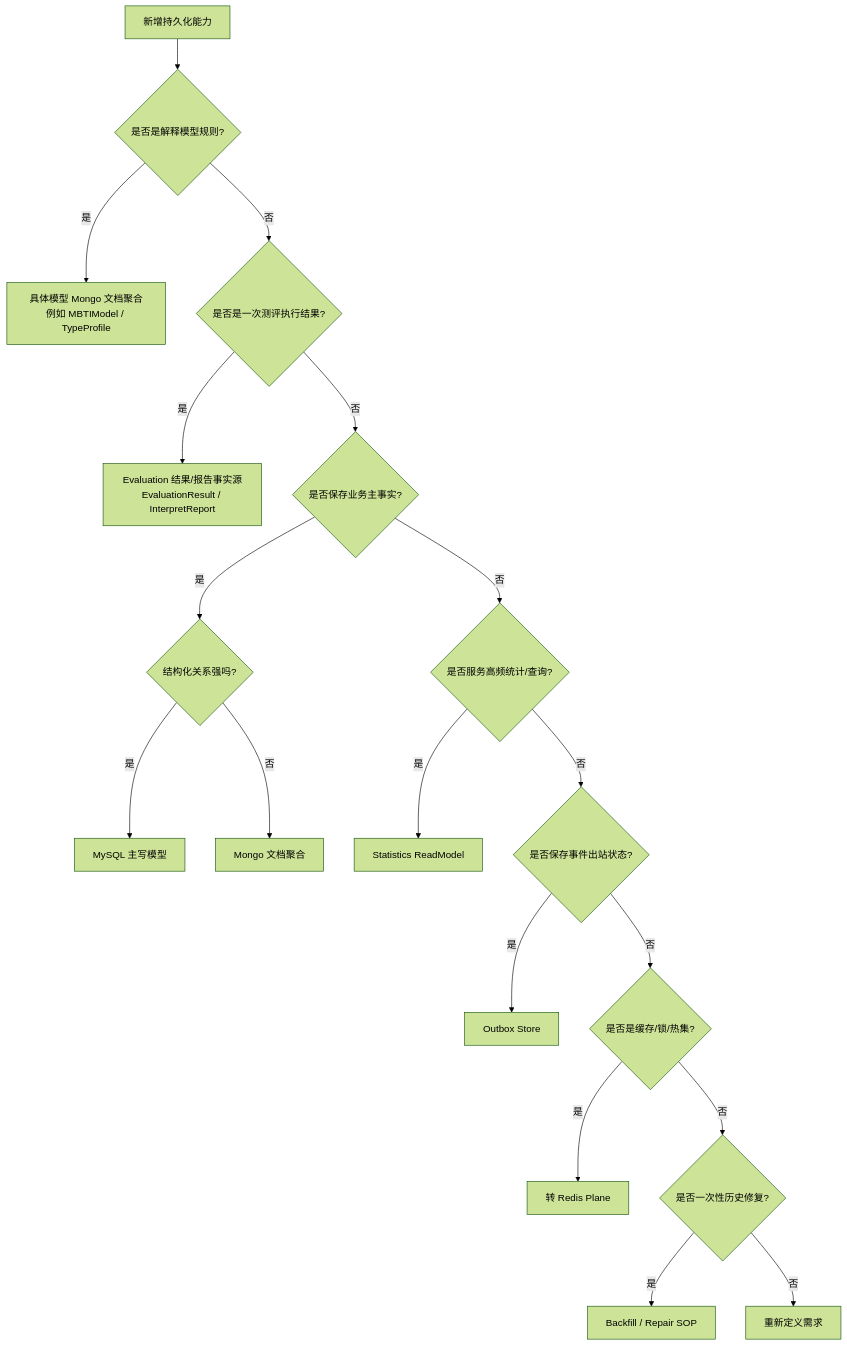
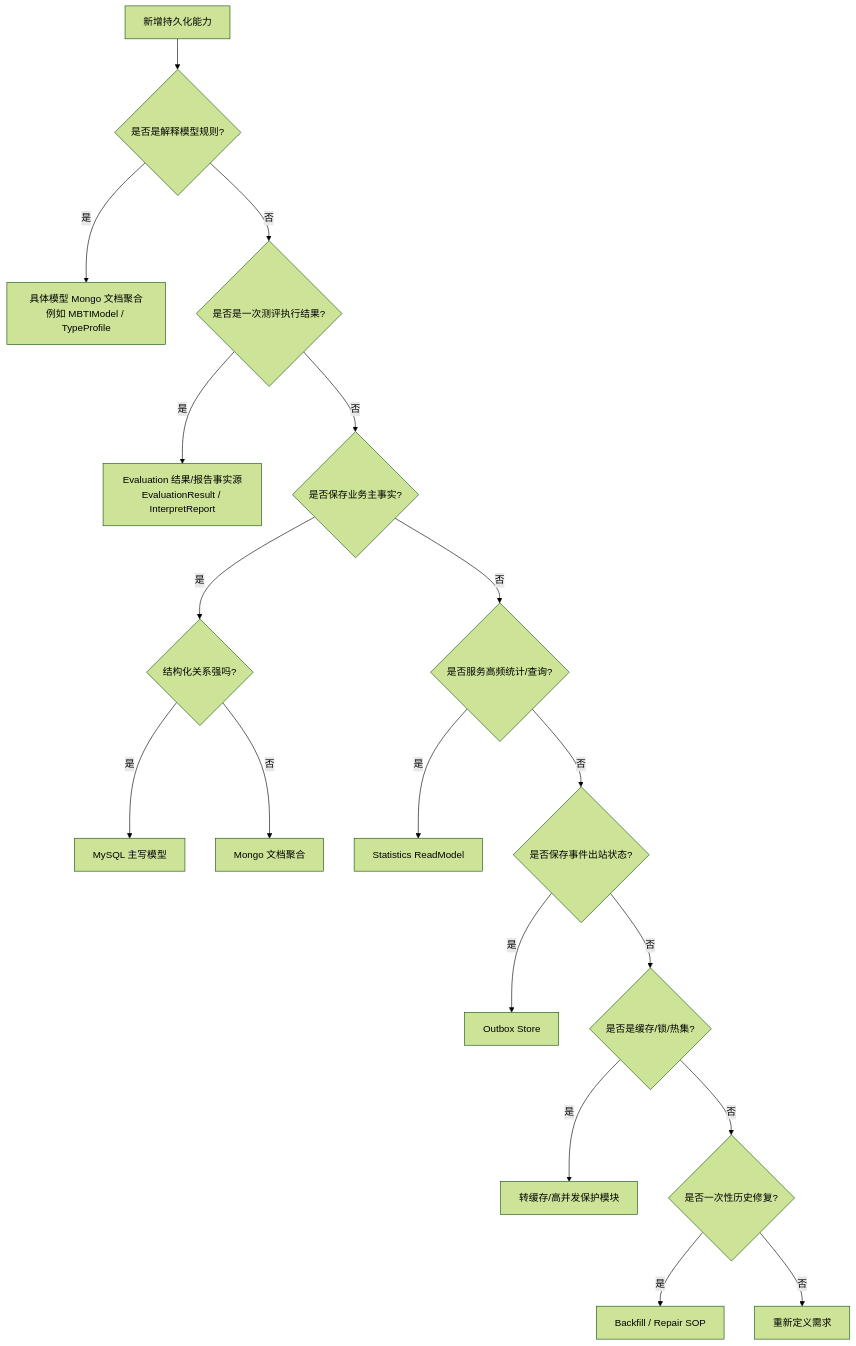
The diagram in docs/03-基础设施/data-access/05-新增持久化能力SOP.md (FangcunMount/qs-server), drawn with Mermaid (forest theme) before and after one commit. The commit also changed other lines of this file and 69 other files, not shown here.

````diff
--- a/docs/03-基础设施/data-access/05-新增持久化能力SOP.md
+++ b/docs/03-基础设施/data-access/05-新增持久化能力SOP.md
@@ -63,22 +63,22 @@
 ```mermaid
 flowchart TD
     start["新增持久化能力"] --> interp{"是否是解释模型规则?"}
     interp -- 是 --> modeldoc["具体模型 Mongo 文档聚合\n例如 MBTIModel / TypeProfile"]
     interp -- 否 --> result{"是否是一次测评执行结果?"}
     result -- 是 --> evalstore["Evaluation 结果/报告事实源\nEvaluationResult / InterpretReport"]
     result -- 否 --> write{"是否保存业务主事实?"}
 
     write -- 是 --> shape{"结构化关系强吗?"}
     shape -- 是 --> mysql["MySQL 主写模型"]
     shape -- 否 --> mongo["Mongo 文档聚合"]
 
     write -- 否 --> read{"是否服务高频统计/查询?"}
     read -- 是 --> readmodel["Statistics ReadModel"]
     read -- 否 --> event{"是否保存事件出站状态?"}
     event -- 是 --> outbox["Outbox Store"]
     event -- 否 --> cache{"是否是缓存/锁/热集?"}
-    cache -- 是 --> redis["转 Redis Plane"]
+    cache -- 是 --> redis["转缓存/高并发保护模块"]
     cache -- 否 --> repair{"是否一次性历史修复?"}
     repair -- 是 --> backfill["Backfill / Repair SOP"]
     repair -- 否 --> review["重新定义需求"]
 ```
````
